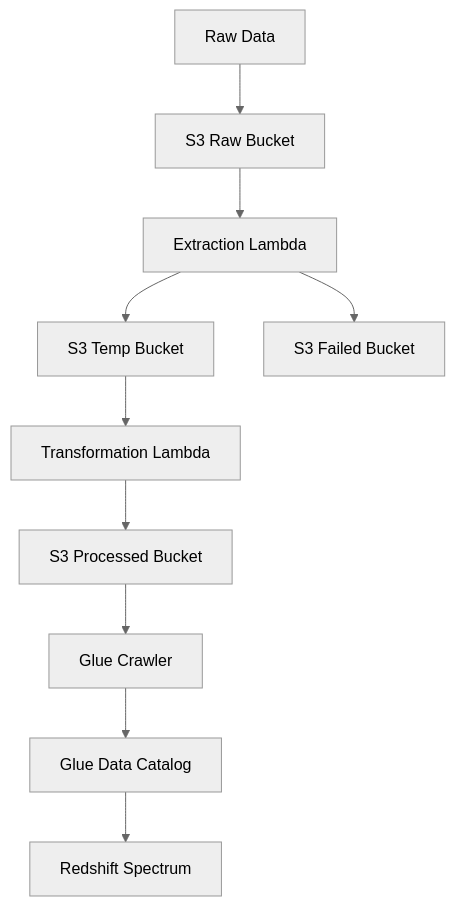
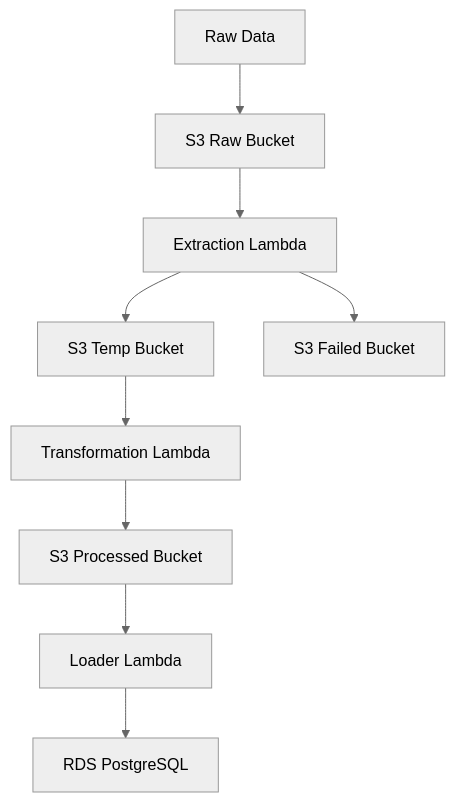
The diagram in README.md (AdrielHigor/etl_pipeline_demo), drawn with Mermaid (neutral theme) before and after one commit. The commit also changed other lines of this file and 3 other files, not shown here.

First line of the commit message:
Refactor ETL pipeline to use RDS PostgreSQL instead of Redshift Spectrum

````diff
--- a/README.md
+++ b/README.md
@@ -15,12 +15,11 @@
 ```mermaid
 graph TD
 A[Raw Data] --> B[S3 Raw Bucket]
 B --> C[Extraction Lambda]
 C --> D[S3 Temp Bucket]
 C --> E[S3 Failed Bucket]
 D --> F[Transformation Lambda]
 F --> G[S3 Processed Bucket]
-G --> H[Glue Crawler]
-H --> I[Glue Data Catalog]
-I --> J[Redshift Spectrum]
+G --> H[Loader Lambda]
+H --> I[RDS PostgreSQL]
 ```
````
